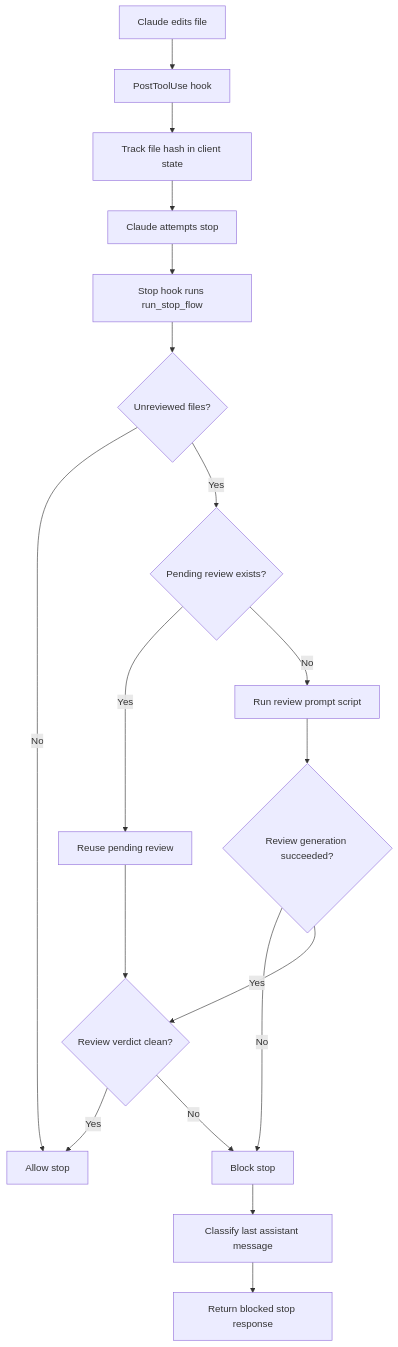
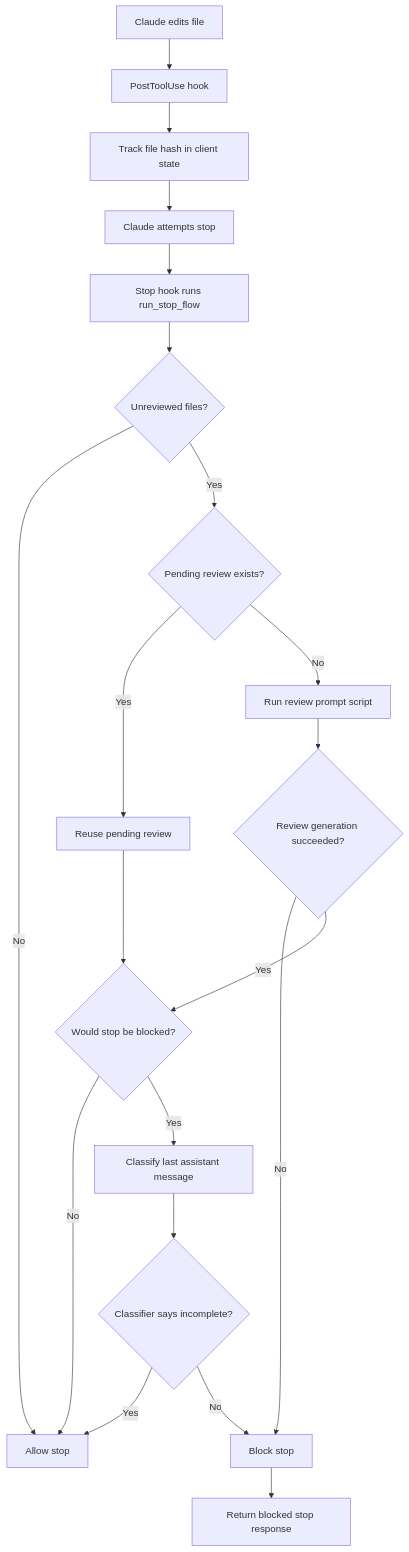
Before and after one commit to tudragon154203/claude-auto-review: the diagram in README.md, drawn with Mermaid. The commit also changed other lines of this file and 1 other file, not shown here.

Commit message:
Update docs for classifier stop gate

````diff
--- a/README.md
+++ b/README.md
@@ -11,20 +11,22 @@
 ```mermaid
 flowchart TD
     A[Claude edits file] --> B[PostToolUse hook]
     B --> C[Track file hash in client state]
     C --> D[Claude attempts stop]
     D --> E[Stop hook runs run_stop_flow]
     E --> F{Unreviewed files?}
     F -- No --> G[Allow stop]
     F -- Yes --> H{Pending review exists?}
     H -- Yes --> I[Reuse pending review]
     H -- No --> J[Run review prompt script]
     J --> K{Review generation succeeded?}
     K -- No --> L[Block stop]
-    K -- Yes --> M{Review verdict clean?}
+    K -- Yes --> M{Would stop be blocked?}
     I --> M
-    M -- Yes --> G
-    M -- No --> L
-    L --> N[Classify last assistant message]
-    N --> O[Return blocked stop response]
+    M -- No --> G
+    M -- Yes --> N[Classify last assistant message]
+    N --> O{Classifier says incomplete?}
+    O -- Yes --> G
+    O -- No --> L
+    L --> P[Return blocked stop response]
 ```
````
